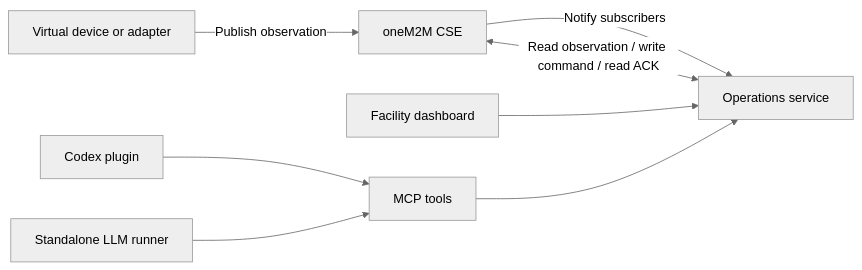
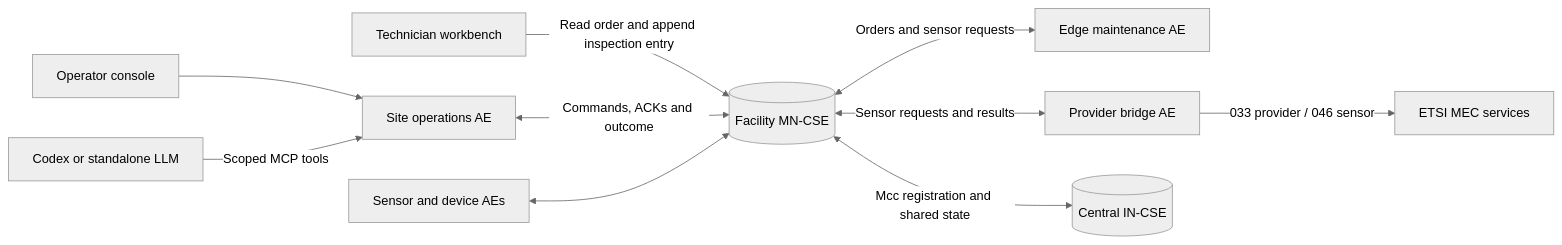
One commit to openSoom/openSoom changed the diagram in README.md. Above: the diagram before and after it, drawn with Mermaid (neutral theme). The commit also changed other lines of this file and 42 other files, not shown here.

Commit message:
Give technicians an independent workbench and measure the inspection decision against two baselines

````diff
--- a/README.md
+++ b/README.md
@@ -92,10 +104,12 @@
 ```mermaid
 flowchart LR
-  Device[Virtual device or adapter] -->|Publish observation| CSE[oneM2M CSE]
-  CSE -->|Notify subscribers| Ops[Operations service]
-  Ops <-->|Read observation / write command / read ACK| CSE
-  Dashboard[Facility dashboard] --> Ops
-  Codex[Codex plugin] --> Tools[MCP tools]
-  LLM[Standalone LLM runner] --> Tools
-  Tools --> Ops
+    O[Operator console] --> Ops[Site operations AE]
+    M[Codex or standalone LLM] -->|Scoped MCP tools| Ops
+    T[Technician workbench] -->|Read order and append inspection entry| MN[(Facility MN-CSE)]
+    Ops <-->|Commands, ACKs and outcome| MN
+    Devices[Sensor and device AEs] <--> MN
+    MN <-->|Orders and sensor requests| Maint[Edge maintenance AE]
+    MN <-->|Sensor requests and results| Bridge[Provider bridge AE]
+    Bridge -->|033 provider / 046 sensor| MEC[ETSI MEC services]
+    MN <-->|Mcc registration and shared state| IN[(Central IN-CSE)]
 ```
````
